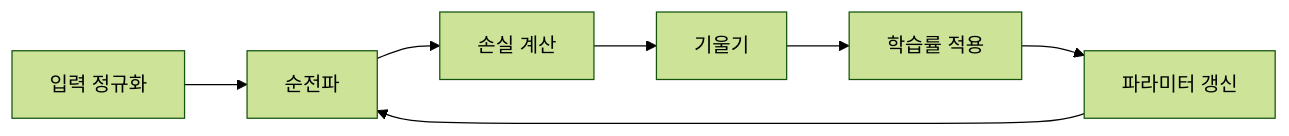
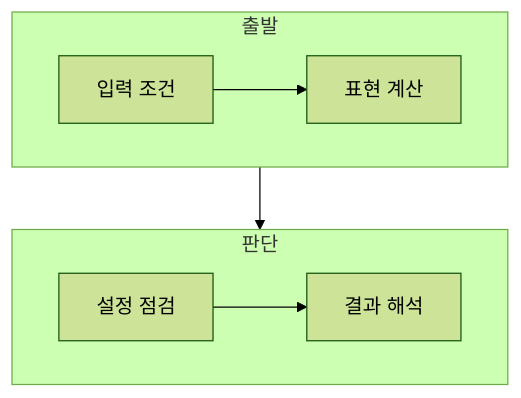
One commit to umyunsang/edu changed the diagram in ComputerScience/03_ai-ml-data/artificial-intelligence/notes/01. Optimization 이론 - 손실과 경사.md. Above: the diagram before and after it, drawn with Mermaid (forest theme). The commit also changed other lines of this file and 8 other files, not shown here.

````diff
--- a/ComputerScience/03_ai-ml-data/artificial-intelligence/notes/01. Optimization 이론 - 손실과 경사.md
+++ b/ComputerScience/03_ai-ml-data/artificial-intelligence/notes/01. Optimization 이론 - 손실과 경사.md
@@ -20,9 +23,12 @@
 ```mermaid
-flowchart LR
-  A[입력 정규화] --> B[순전파]
-  B --> C[손실 계산]
-  C --> D[기울기]
-  D --> E[학습률 적용]
-  E --> F[파라미터 갱신]
-  F --> B
+flowchart TB
+    subgraph Input[출발]
+        direction LR
+        A[입력 조건] --> B[표현 계산]
+    end
+    subgraph Decision[판단]
+        direction LR
+        C[설정 점검] --> D[결과 해석]
+    end
+    B --> C
 ```
````
